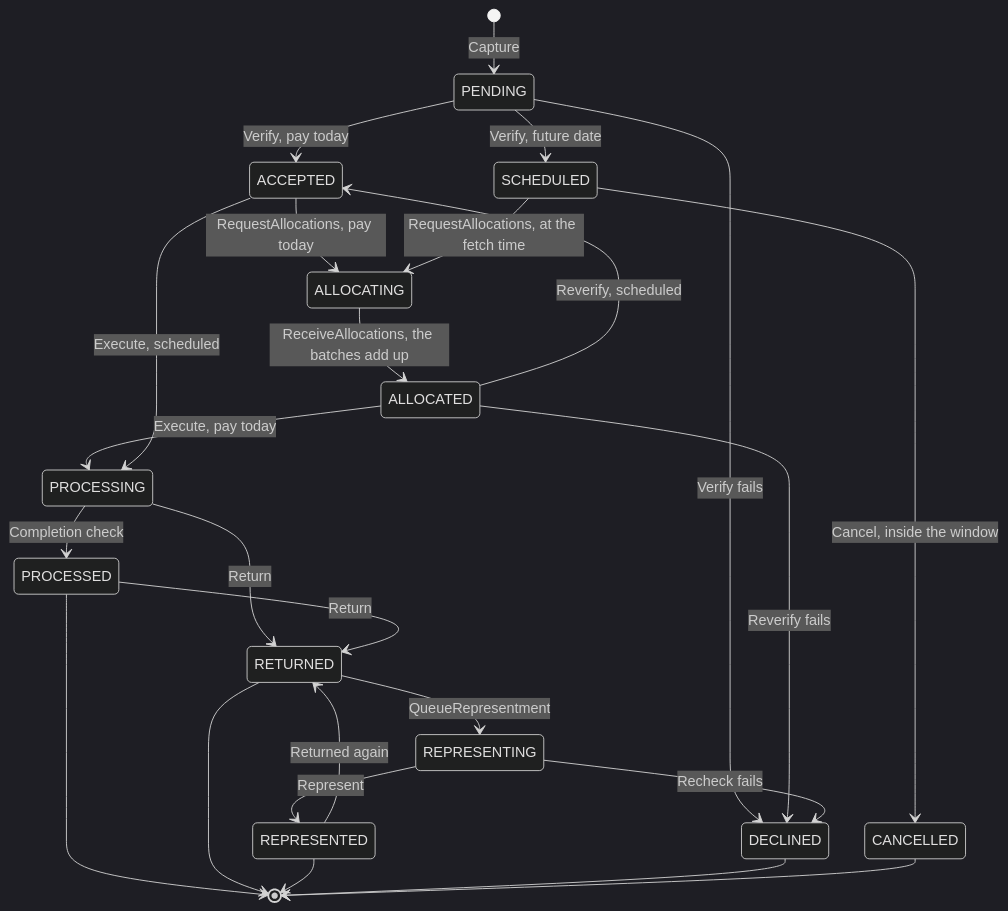
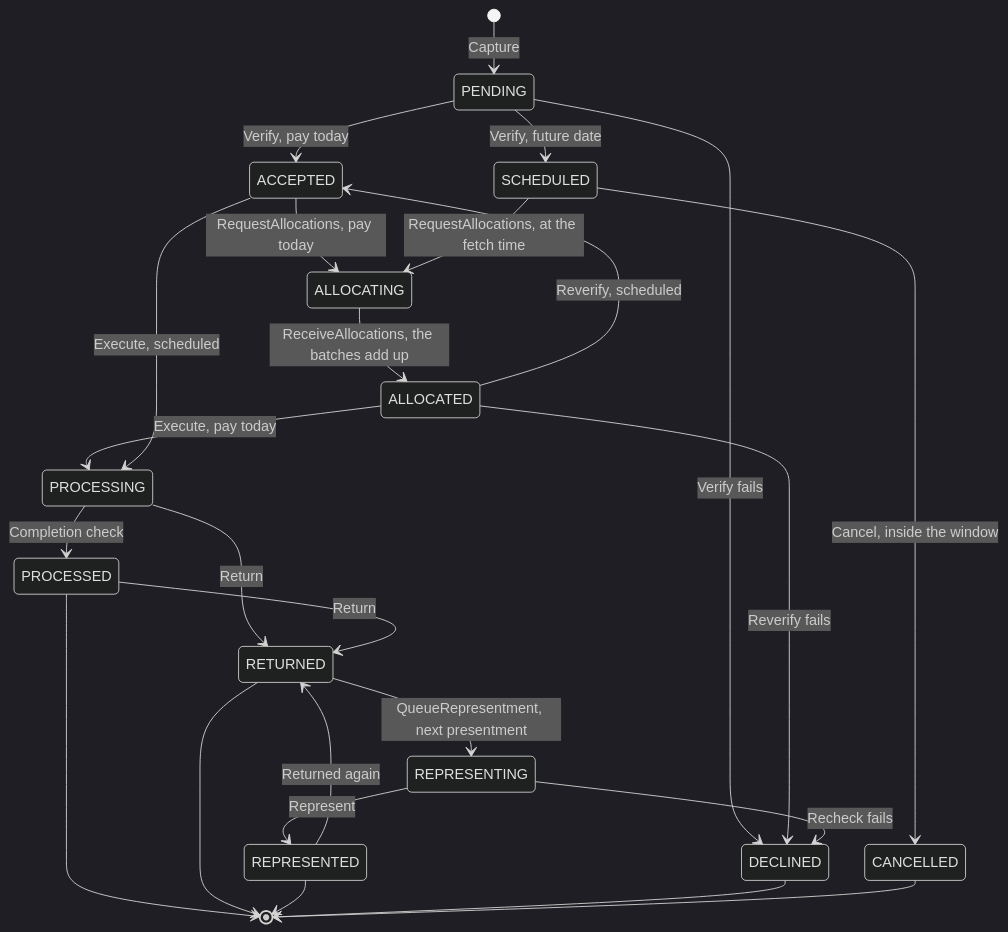
Before and after one commit to arunav-bhattacharya/billpay-book: the second of 2 diagrams in website/docs/design/payment-state-model.md, drawn with Mermaid (dark theme). The commit also changed other lines of this file and 14 other files, not shown here.

````diff
--- a/website/docs/design/payment-state-model.md
+++ b/website/docs/design/payment-state-model.md
@@ -61,33 +61,33 @@
 ```mermaid
 ---
 config:
   nodeSpacing: 40
   rankSpacing: 34
 ---
 stateDiagram-v2
   direction TB
   [*] --> PENDING: Capture
   PENDING --> ACCEPTED: Verify, pay today
   PENDING --> SCHEDULED: Verify, future date
   PENDING --> DECLINED: Verify fails
   ACCEPTED --> ALLOCATING: RequestAllocations, pay today
   SCHEDULED --> ALLOCATING: RequestAllocations, at the fetch time
   SCHEDULED --> CANCELLED: Cancel, inside the window
   ALLOCATING --> ALLOCATED: ReceiveAllocations, the batches add up
   ALLOCATED --> PROCESSING: Execute, pay today
   ALLOCATED --> ACCEPTED: Reverify, scheduled
   ALLOCATED --> DECLINED: Reverify fails
   ACCEPTED --> PROCESSING: Execute, scheduled
   PROCESSING --> PROCESSED: Completion check
   PROCESSING --> RETURNED: Return
   PROCESSED --> RETURNED: Return
-  RETURNED --> REPRESENTING: QueueRepresentment
+  RETURNED --> REPRESENTING: QueueRepresentment, next presentment
   REPRESENTING --> REPRESENTED: Represent
   REPRESENTING --> DECLINED: Recheck fails
   REPRESENTED --> RETURNED: Returned again
   PROCESSED --> [*]
   RETURNED --> [*]
   REPRESENTED --> [*]
   DECLINED --> [*]
   CANCELLED --> [*]
 ```
````
